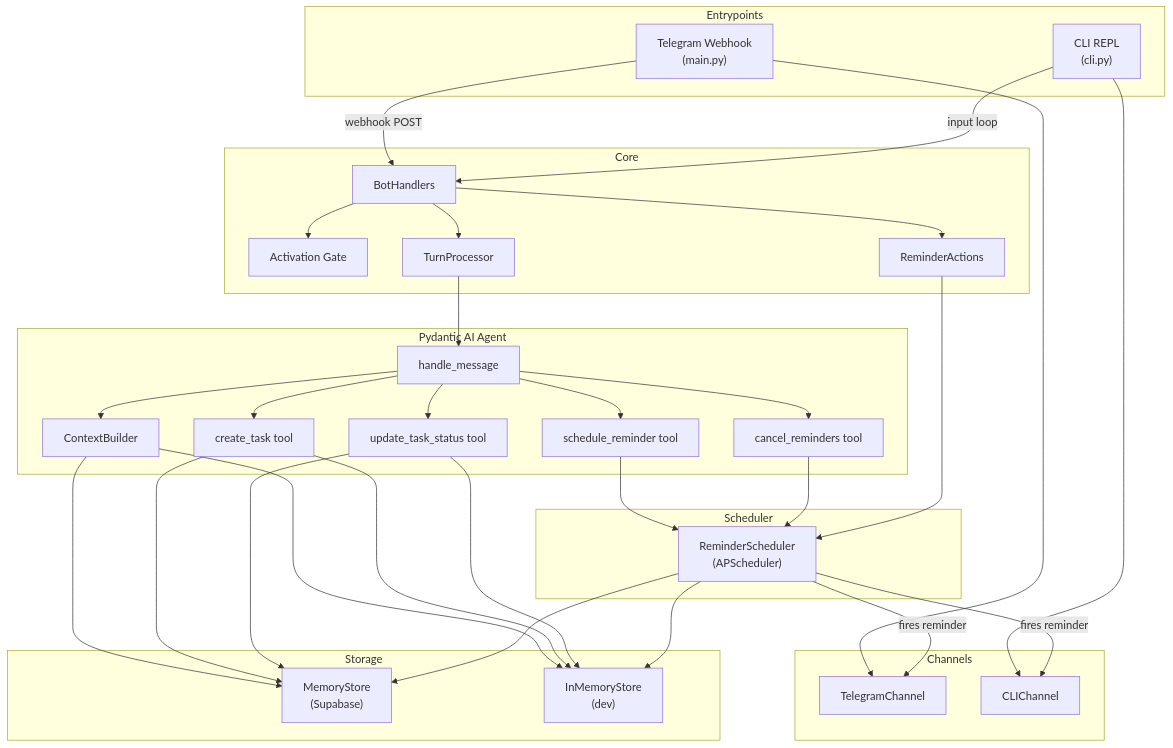
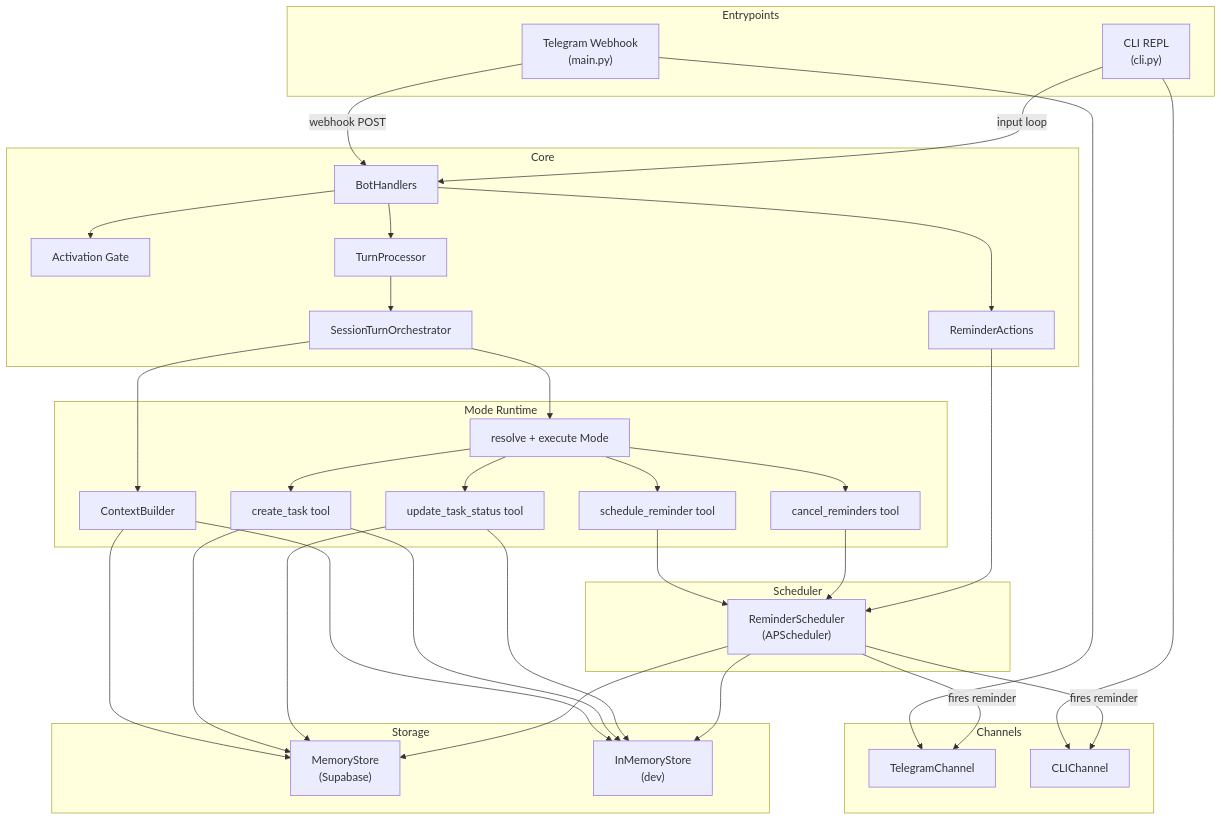
One commit to chapagainmanoj/amigo changed the diagram in docs/architecture.md. Above: the diagram before and after it, drawn with Mermaid. The commit also changed other lines of this file and 77 other files, not shown here.

````diff
--- a/docs/architecture.md
+++ b/docs/architecture.md
@@ -108,68 +120,70 @@
 ```mermaid
 graph TD
     subgraph Entrypoints
         TG["Telegram Webhook<br/>(main.py)"]
         CLI["CLI REPL<br/>(cli.py)"]
     end
 
     subgraph Channels
         TC["TelegramChannel"]
         CC["CLIChannel"]
     end
 
     subgraph Core
         BH["BotHandlers"]
         AG["Activation Gate"]
         TP["TurnProcessor"]
+        STO["SessionTurnOrchestrator"]
         RA["ReminderActions"]
     end
 
-    subgraph Agent["Pydantic AI Agent"]
-        HM["handle_message"]
+    subgraph Agent["Mode Runtime"]
+        MR["resolve + execute Mode"]
         CB["ContextBuilder"]
         T_CT["create_task tool"]
         T_US["update_task_status tool"]
         T_SR["schedule_reminder tool"]
         T_CR["cancel_reminders tool"]
     end
 
     subgraph Storage
         MS["MemoryStore<br/>(Supabase)"]
         IMS["InMemoryStore<br/>(dev)"]
     end
 
     subgraph Scheduler
         RS["ReminderScheduler<br/>(APScheduler)"]
     end
 
     TG -->|webhook POST| BH
     CLI -->|input loop| BH
     TG --> TC
     CLI --> CC
 
     BH --> AG
     BH --> TP
     BH --> RA
 
-    TP --> HM
-    HM --> CB
+    TP --> STO
+    STO --> MR
+    STO --> CB
     CB --> MS
     CB --> IMS
 
-    HM --> T_CT
-    HM --> T_US
-    HM --> T_SR
-    HM --> T_CR
+    MR --> T_CT
+    MR --> T_US
+    MR --> T_SR
+    MR --> T_CR
     T_CT --> MS
     T_CT --> IMS
     T_SR --> RS
     T_US --> MS
     T_US --> IMS
     T_CR --> RS
 
     RA --> RS
     RS -->|fires reminder| TC
     RS -->|fires reminder| CC
     RS --> MS
     RS --> IMS
 ```
````
